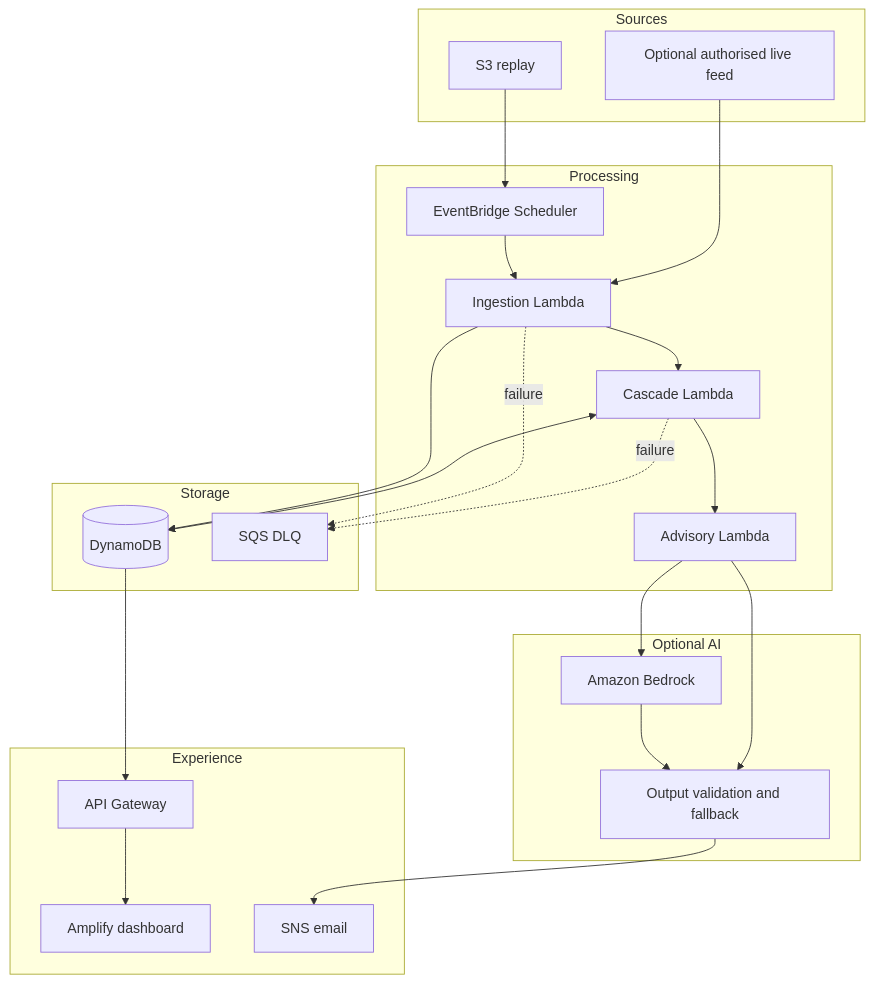
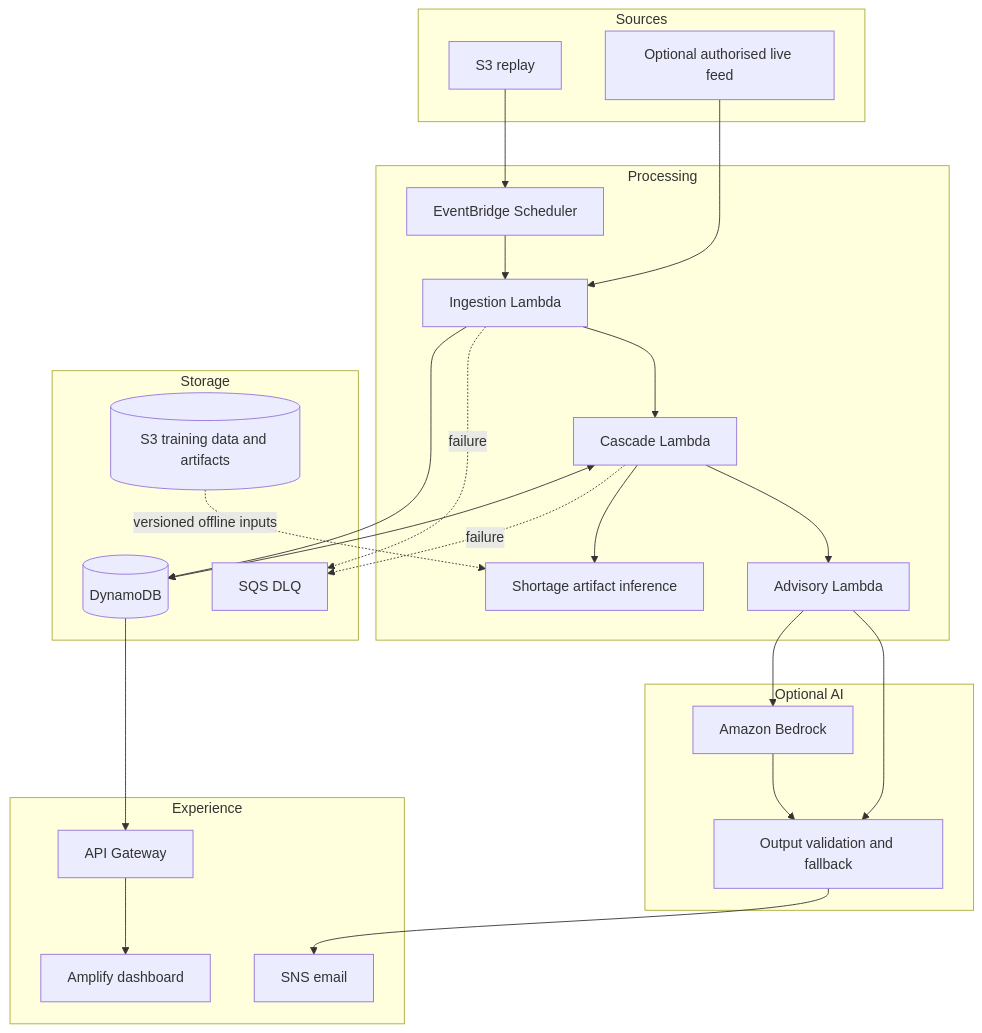
The second of 2 diagrams in docs/ARCHITECTURE.md (Raghav7-tech/Ripple), drawn with Mermaid before and after one commit. The commit also changed other lines of this file and 10 other files, not shown here.

````diff
--- a/docs/ARCHITECTURE.md
+++ b/docs/ARCHITECTURE.md
@@ -20,42 +20,46 @@
 ```mermaid
 flowchart TB
     subgraph Sources
       S3[S3 replay]
       LIVE[Optional authorised live feed]
     end
 
     subgraph Processing
       EB[EventBridge Scheduler]
       ING[Ingestion Lambda]
       CAS[Cascade Lambda]
+      ML[Shortage artifact inference]
       ADV[Advisory Lambda]
     end
 
     subgraph Storage
       DDB[(DynamoDB)]
+      TDS[(S3 training data and artifacts)]
       DLQ[SQS DLQ]
     end
 
     subgraph Experience
       API[API Gateway]
       WEB[Amplify dashboard]
       SNS[SNS email]
     end
 
     subgraph Optional AI
       BR[Amazon Bedrock]
       GR[Output validation and fallback]
     end
 
     S3 --> EB --> ING
     LIVE --> ING
     ING --> DDB
     ING --> CAS
     CAS <--> DDB
+    CAS --> ML
+    TDS -. versioned offline inputs .-> ML
     CAS --> ADV
     ADV --> BR --> GR --> SNS
     ADV --> GR
     DDB --> API --> WEB
     ING -. failure .-> DLQ
     CAS -. failure .-> DLQ
 ```
````
